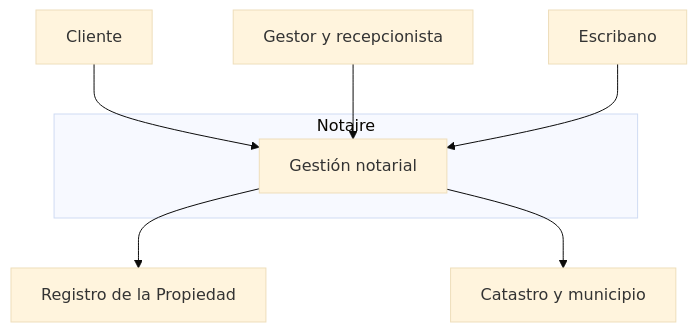
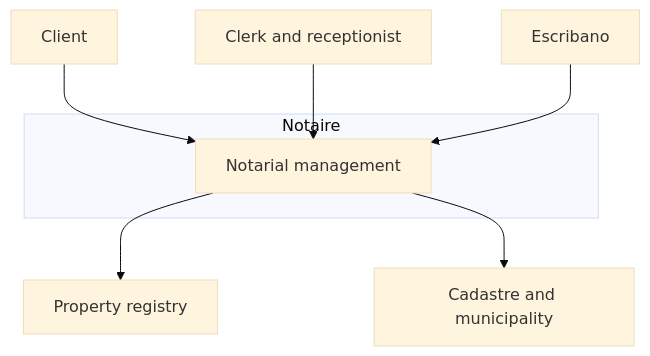
Before and after one commit to matiaspakua/notaire: diagram 13 of 16 in docs/200-architecture/203-design/CICLO-DE-VIDA.md, drawn with Mermaid (base theme). The commit also changed other lines of this file and 52 other files, not shown here.

````diff
--- a/docs/200-architecture/203-design/CICLO-DE-VIDA.md
+++ b/docs/200-architecture/203-design/CICLO-DE-VIDA.md
@@ -424,18 +429,18 @@
 ```mermaid
 flowchart TB
-  cliente[Cliente]
-  gestor[Gestor y recepcionista]
-  escribano[Escribano]
-  registro[Registro de la Propiedad]
-  catastro[Catastro y municipio]
+  client[Client]
+  clerk[Clerk and receptionist]
+  notary[Escribano]
+  registry[Property registry]
+  cadastre[Cadastre and municipality]
 
   subgraph notaire [Notaire]
-    sistema[Gestión notarial]
+    system[Notarial management]
   end
 
-  cliente --> sistema
-  gestor --> sistema
-  escribano --> sistema
-  sistema --> registro
-  sistema --> catastro
+  client --> system
+  clerk --> system
+  notary --> system
+  system --> registry
+  system --> cadastre
 ```
````
